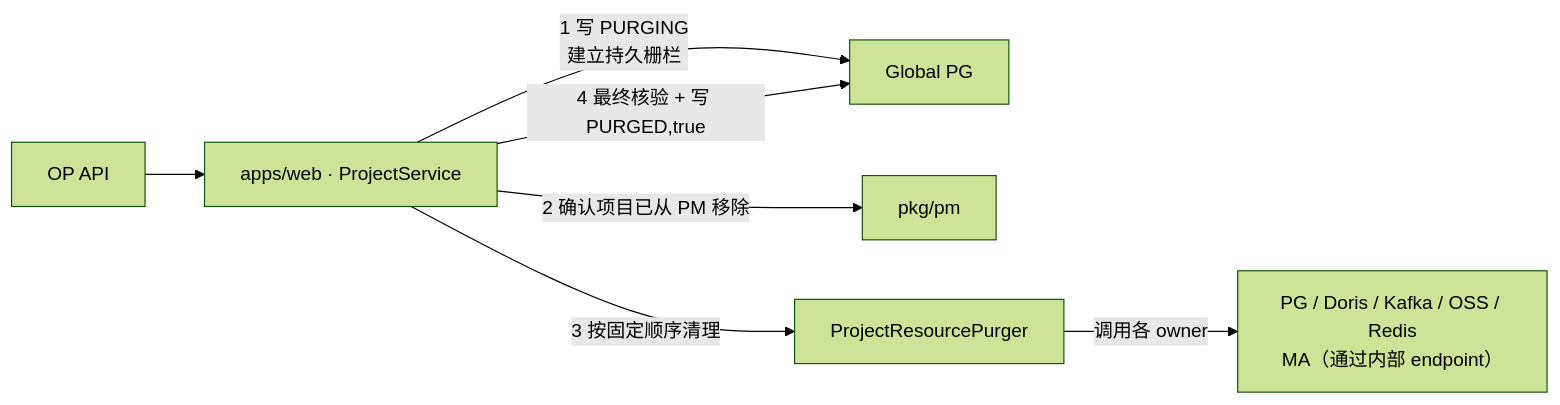
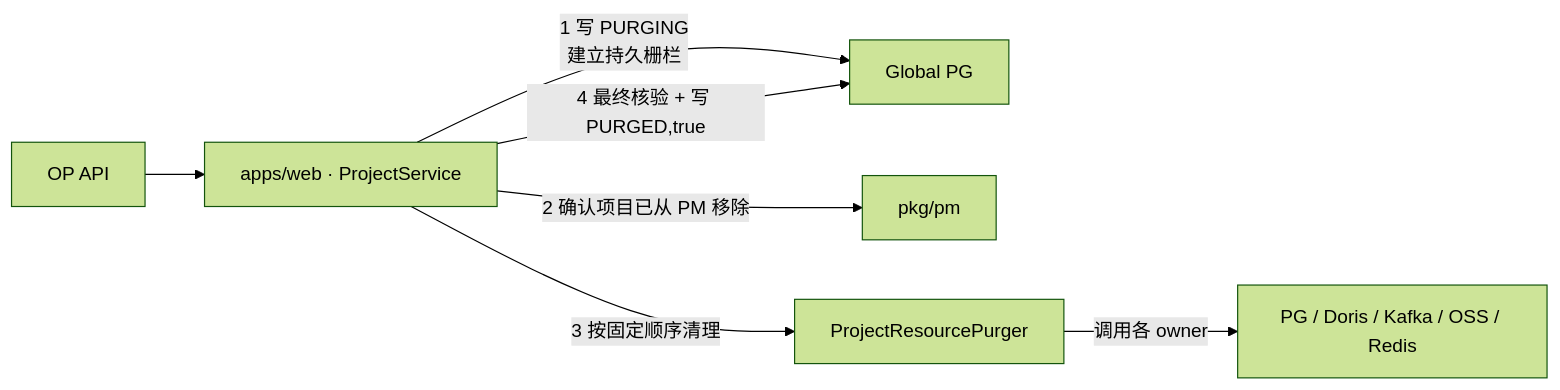
One commit to qinwenshiCH/workflow changed the third of 21 diagrams in specs/20260716-Wave-Refac-OrganizationProjectLifecycle/04-detail.md. Above: the diagram before and after it, drawn with Mermaid (forest theme). The commit also changed other lines of this file and 2 other files, not shown here.

First line of the commit message:
fix: 按实际代码修正全部组件的生命周期文档 — 资源台账/生命周期图/流量变化图/PM改动

````diff
--- a/specs/20260716-Wave-Refac-OrganizationProjectLifecycle/04-detail.md
+++ b/specs/20260716-Wave-Refac-OrganizationProjectLifecycle/04-detail.md
@@ -90,9 +90,9 @@
 ```mermaid
 flowchart LR
     OP["OP API"] --> PS["apps/web · ProjectService"]
     PS -->|"1 写 PURGING<br/>建立持久栅栏"| PG["Global PG"]
     PS -->|"2 确认项目已从 PM 移除"| PM["pkg/pm"]
     PS -->|"3 按固定顺序清理"| Purger["ProjectResourcePurger"]
-    Purger -->|"调用各 owner"| Owners["PG / Doris / Kafka / OSS / Redis<br/>MA（通过内部 endpoint）"]
+    Purger -->|"调用各 owner"| Owners["PG / Doris / Kafka / OSS / Redis"]
     PS -->|"4 最终核验 + 写 PURGED,true"| PG
 ```
````
